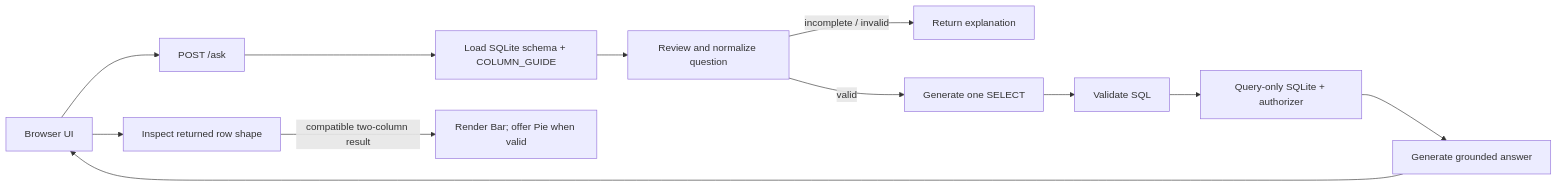
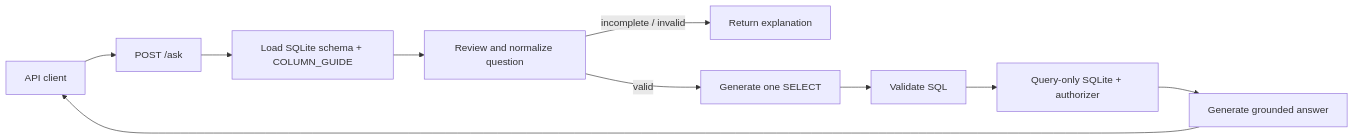
The diagram in docs/architecture.md (alirezarashidipp/nexora), drawn with Mermaid before and after one commit. The commit also changed other lines of this file and 28 other files, not shown here.

````diff
--- a/docs/architecture.md
+++ b/docs/architecture.md
@@ -63,14 +67,12 @@
 ```mermaid
 flowchart LR
-    UI["Browser UI"] --> API["POST /ask"]
+    Client["API client"] --> API["POST /ask"]
     API --> Schema["Load SQLite schema + COLUMN_GUIDE"]
     Schema --> Review["Review and normalize question"]
     Review -->|"incomplete / invalid"| Reply["Return explanation"]
     Review -->|"valid"| SQL["Generate one SELECT"]
     SQL --> Guard["Validate SQL"]
     Guard --> DB["Query-only SQLite + authorizer"]
     DB --> Answer["Generate grounded answer"]
-    Answer --> UI
-    UI --> Shape["Inspect returned row shape"]
-    Shape -->|"compatible two-column result"| Chart["Render Bar; offer Pie when valid"]
+    Answer --> Client
 ```
````
